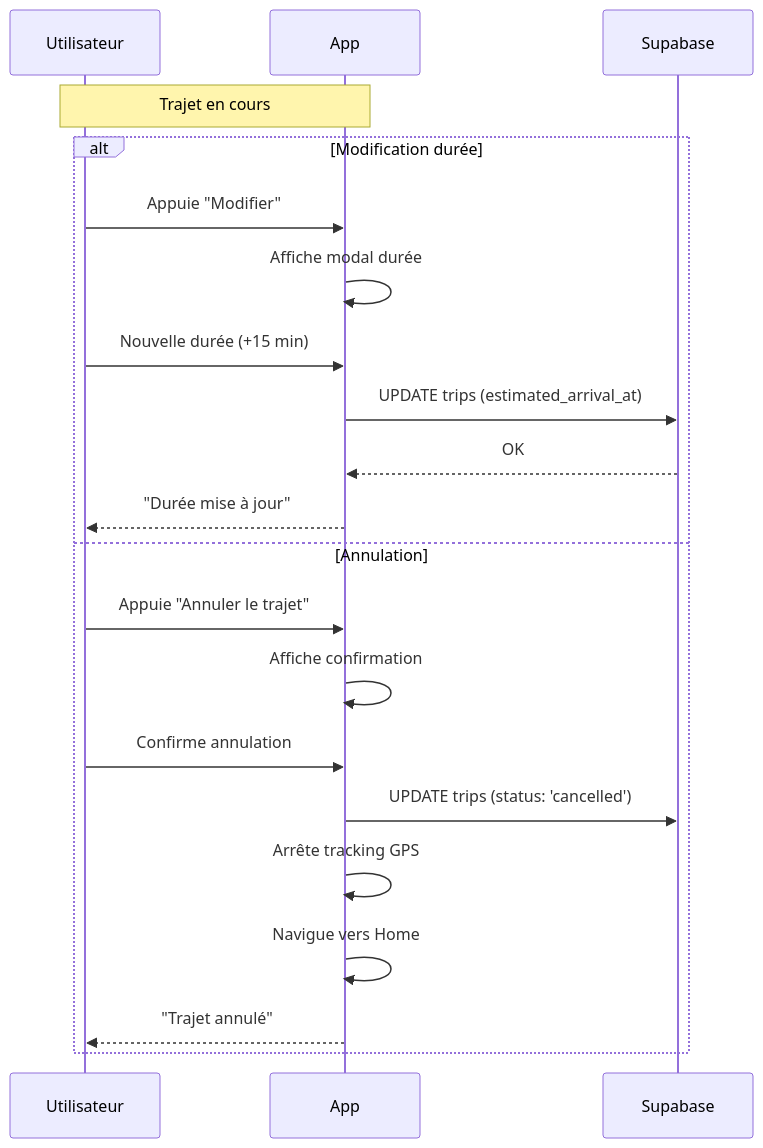
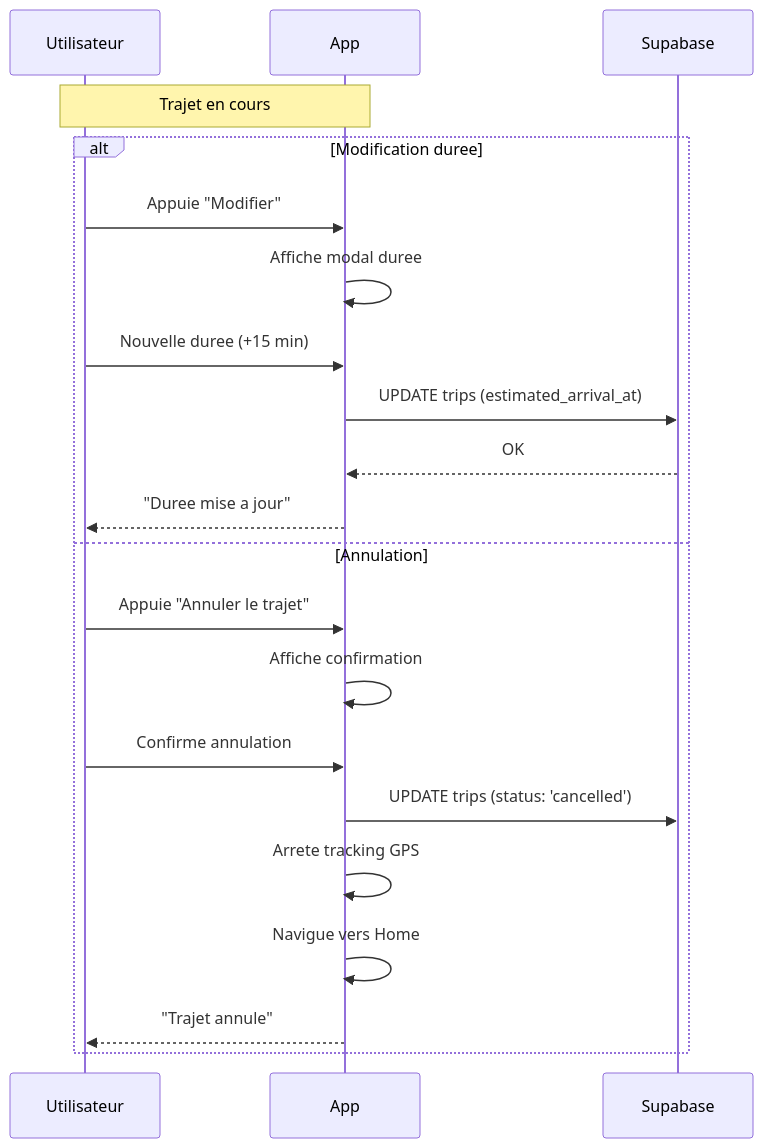
One commit to monjodav/Prudency changed the second of 7 diagrams in docs/user-flows.md. Above: the diagram before and after it, drawn with Mermaid. The commit also changed other lines of this file and 55 other files, not shown here.

````diff
--- a/docs/user-flows.md
+++ b/docs/user-flows.md
@@ -45,25 +55,25 @@
 ```mermaid
 sequenceDiagram
     participant U as Utilisateur
     participant A as App
     participant S as Supabase
 
     Note over U,A: Trajet en cours
 
-    alt Modification durée
+    alt Modification duree
         U->>A: Appuie "Modifier"
-        A->>A: Affiche modal durée
-        U->>A: Nouvelle durée (+15 min)
+        A->>A: Affiche modal duree
+        U->>A: Nouvelle duree (+15 min)
         A->>S: UPDATE trips (estimated_arrival_at)
         S-->>A: OK
-        A-->>U: "Durée mise à jour"
+        A-->>U: "Duree mise a jour"
     else Annulation
         U->>A: Appuie "Annuler le trajet"
         A->>A: Affiche confirmation
         U->>A: Confirme annulation
         A->>S: UPDATE trips (status: 'cancelled')
-        A->>A: Arrête tracking GPS
+        A->>A: Arrete tracking GPS
         A->>A: Navigue vers Home
-        A-->>U: "Trajet annulé"
+        A-->>U: "Trajet annule"
     end
 ```
````
